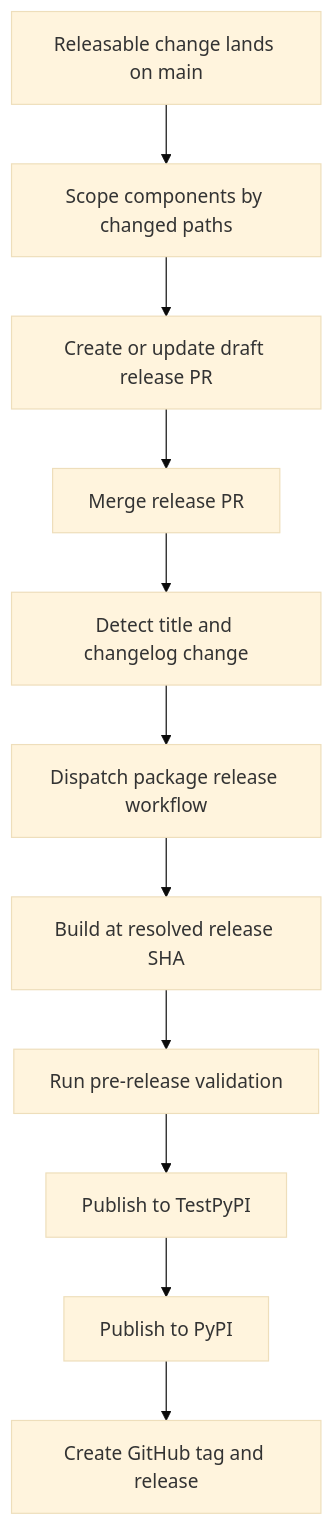
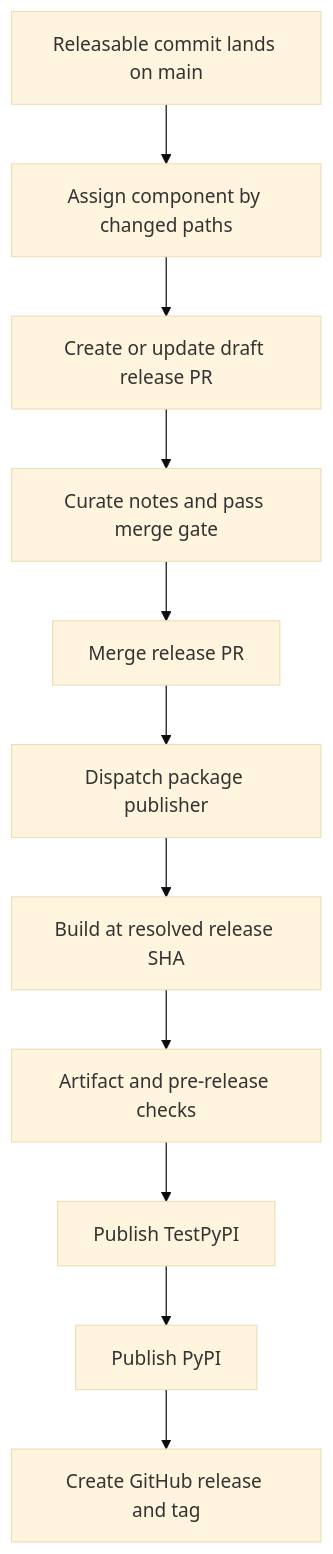
One commit to langchain-ai/deepagents changed the second of 2 diagrams in openwiki/operations/development.md. Above: the diagram before and after it, drawn with Mermaid (base theme). The commit also changed other lines of this file and 63 other files, not shown here.

````diff
--- a/openwiki/operations/development.md
+++ b/openwiki/operations/development.md
@@ -157,13 +113,13 @@
 ```mermaid
 flowchart TD
-    Land["Releasable change lands on main"] --> Scope["Scope components by changed paths"]
-    Scope --> Draft["Create or update draft release PR"]
-    Draft --> Merge["Merge release PR"]
-    Merge --> Detect["Detect title and changelog change"]
-    Detect --> Dispatch["Dispatch package release workflow"]
+    Land["Releasable commit lands on main"] --> Scope["Assign component by changed paths"]
+    Scope --> ReleasePR["Create or update draft release PR"]
+    ReleasePR --> Notes["Curate notes and pass merge gate"]
+    Notes --> Merge["Merge release PR"]
+    Merge --> Dispatch["Dispatch package publisher"]
     Dispatch --> Build["Build at resolved release SHA"]
-    Build --> Validate["Run pre-release validation"]
-    Validate --> TestIndex["Publish to TestPyPI"]
-    TestIndex --> Publish["Publish to PyPI"]
-    Publish --> Tag["Create GitHub tag and release"]
+    Build --> Checks["Artifact and pre-release checks"]
+    Checks --> TestPyPI["Publish TestPyPI"]
+    TestPyPI --> PyPI["Publish PyPI"]
+    PyPI --> Tag["Create GitHub release and tag"]
 ```
````
